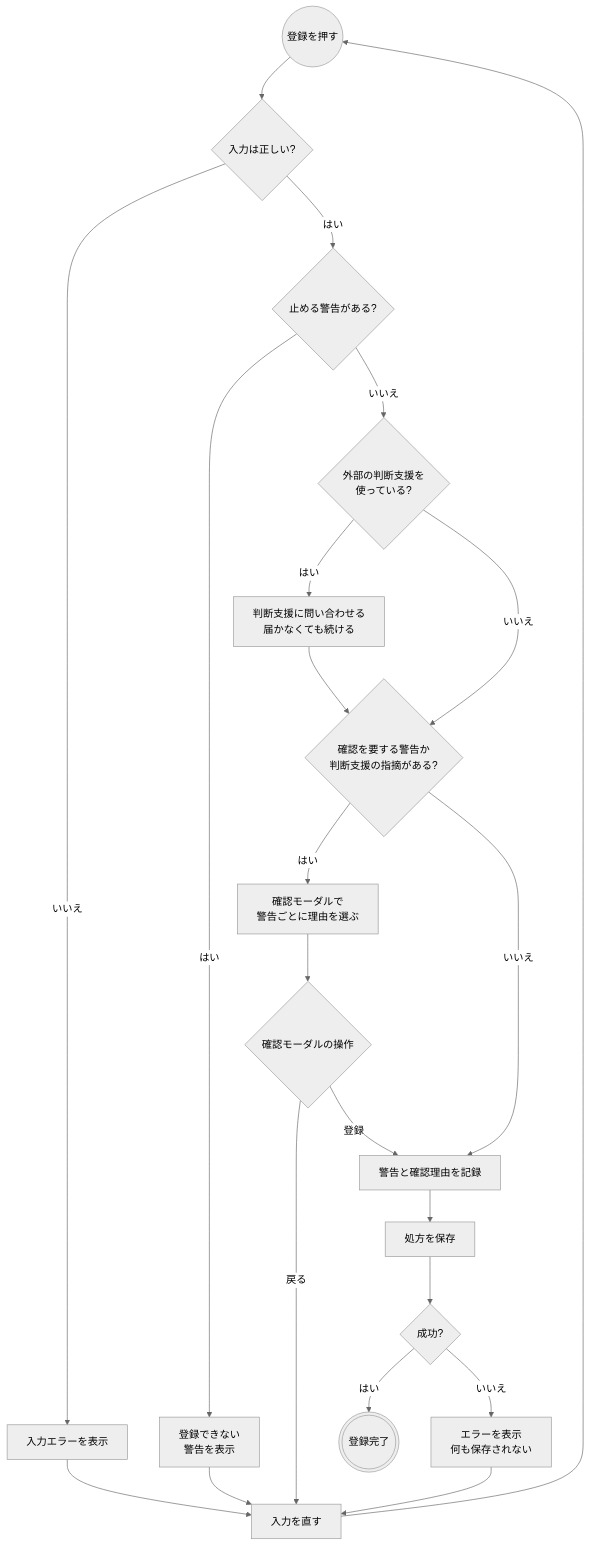
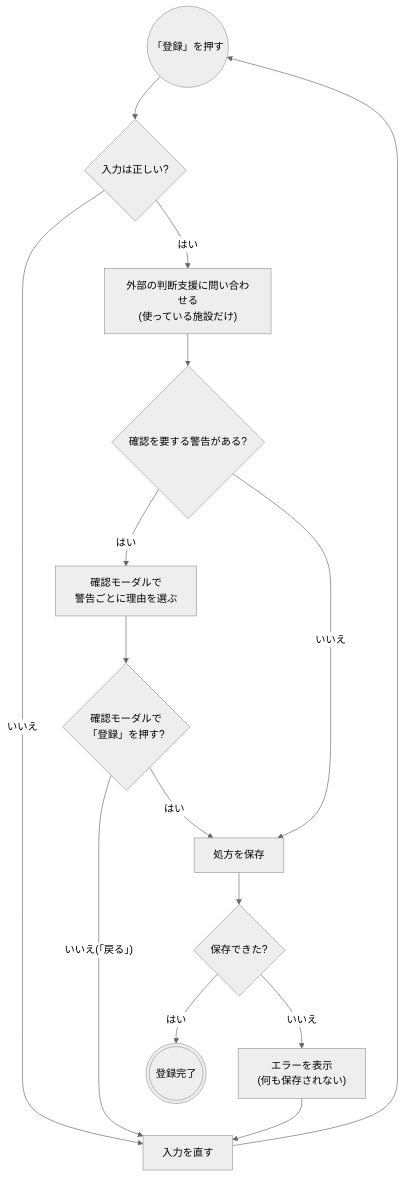
One commit to ysnr-dev/fhir-client-docs changed the second of 4 diagrams in docs/flows/prescription.md. Above: the diagram before and after it, drawn with Mermaid (neutral theme). The commit also changed other lines of this file and 43 other files, not shown here.

Commit message:
docs: 業務フローとシーケンス図を写し直し

````diff
--- a/docs/flows/prescription.md
+++ b/docs/flows/prescription.md
@@ -95,35 +102,24 @@
 ```mermaid
 flowchart TD
-  submit(("登録を押す"))
+  submit(("「登録」を押す"))
   valid{"入力は正しい?"}
-  validError["入力エラーを表示"]
-  blocked{"止める警告がある?"}
-  blockedError["登録できない<br/>警告を表示"]
-  cds{"外部の判断支援を<br/>使っている?"}
-  sign["判断支援に問い合わせる<br/>届かなくても続ける"]
-  confirm{"確認を要する警告か<br/>判断支援の指摘がある?"}
+  fix["入力を直す"]
+  cds["外部の判断支援に問い合わせる<br/>(使っている施設だけ)"]
+  confirm{"確認を要する警告がある?"}
   modal["確認モーダルで<br/>警告ごとに理由を選ぶ"]
-  choice{"確認モーダルの操作"}
-  ledger["警告と確認理由を記録"]
+  choice{"確認モーダルで<br/>「登録」を押す?"}
   send["処方を保存"]
-  result{"成功?"}
-  failed["エラーを表示<br/>何も保存されない"]
+  result{"保存できた?"}
+  failed["エラーを表示<br/>(何も保存されない)"]
   done((("登録完了")))
-  fix["入力を直す"]
 
   submit --> valid
-  valid -- "いいえ" --> validError --> fix
-  valid -- "はい" --> blocked
-  blocked -- "はい" --> blockedError --> fix
-  blocked -- "いいえ" --> cds
-  cds -- "はい" --> sign --> confirm
-  cds -- "いいえ" --> confirm
+  valid -- "いいえ" --> fix --> submit
+  valid -- "はい" --> cds --> confirm
   confirm -- "はい" --> modal --> choice
-  choice -- "戻る" --> fix
-  choice -- "登録" --> ledger
-  confirm -- "いいえ" --> ledger
-  ledger --> send --> result
+  choice -- "いいえ(「戻る」)" --> fix
+  choice -- "はい" --> send
+  confirm -- "いいえ" --> send --> result
   result -- "はい" --> done
   result -- "いいえ" --> failed --> fix
-  fix --> submit
 ```
````
